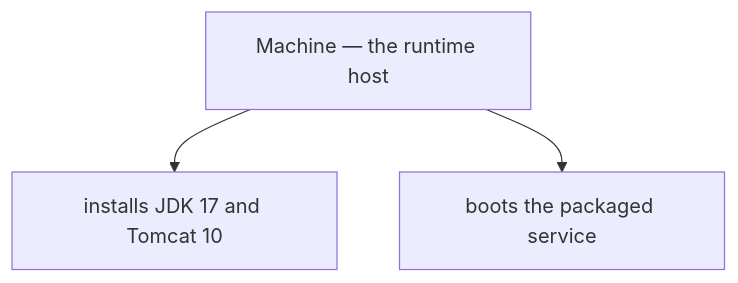
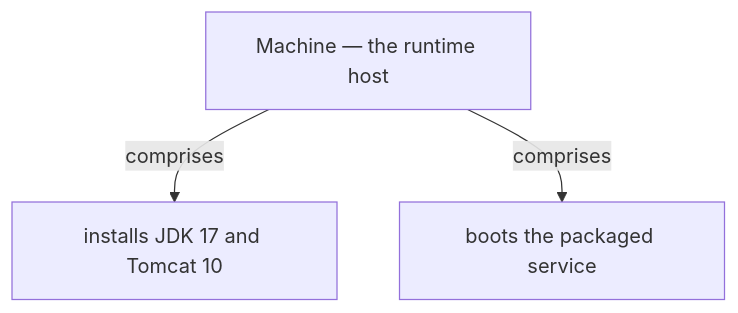
One commit to vinayakuber/microservices-io-study-guide changed the sixth of 13 diagrams in docs/ch39-language-specific-packaging-format.md. Above: the diagram before and after it, drawn with Mermaid. The commit also changed other lines of this file and 71 other files, not shown here.

First line of the commit message:
R18: label every diagram arrow with its meaning

````diff
--- a/docs/ch39-language-specific-packaging-format.md
+++ b/docs/ch39-language-specific-packaging-format.md
@@ -204,6 +204,6 @@
 ```mermaid
 flowchart TD
   R["Machine — the runtime host"]
-  R --> P0["installs JDK 17 and Tomcat 10"]
-  R --> P1["boots the packaged service"]
+  R -->|"comprises"| P0["installs JDK 17 and Tomcat 10"]
+  R -->|"comprises"| P1["boots the packaged service"]
 ```
````
